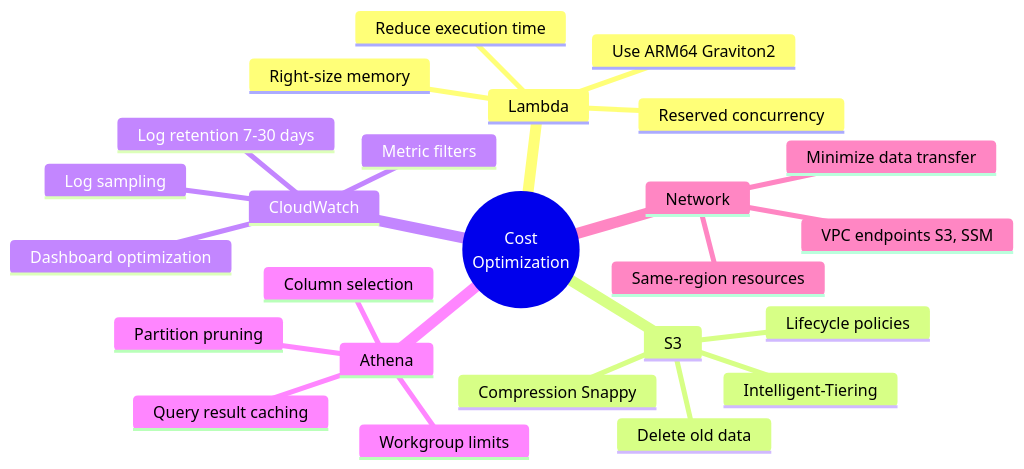
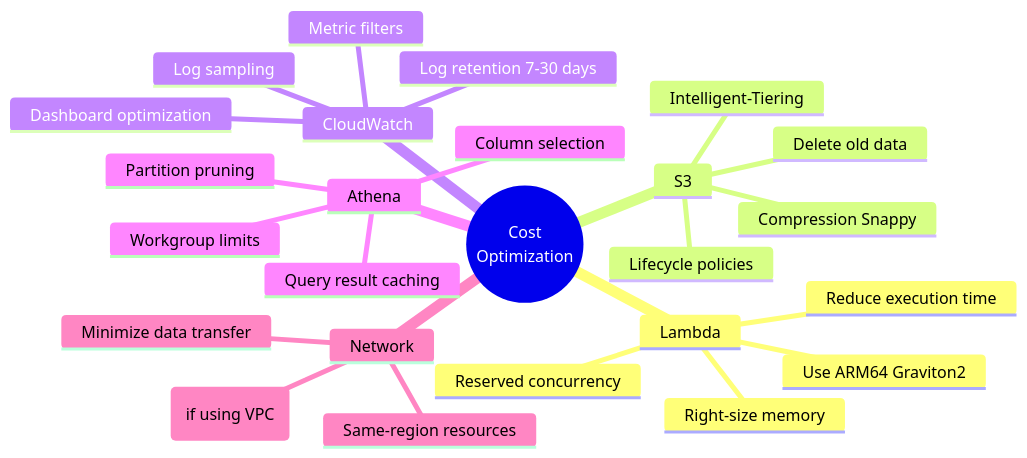
One commit to manifullstackdeveloper/aws_s3_parquet_athena_lambda changed diagram 14 of 19 in docs/DIAGRAMS.md. Above: the diagram before and after it, drawn with Mermaid. The commit also changed other lines of this file and 27 other files, not shown here.

````diff
--- a/docs/DIAGRAMS.md
+++ b/docs/DIAGRAMS.md
@@ -588,28 +584,28 @@
 ```mermaid
 mindmap
   root((Cost<br/>Optimization))
     Lambda
       Right-size memory
       Reduce execution time
       Use ARM64 Graviton2
       Reserved concurrency
     S3
       Intelligent-Tiering
       Lifecycle policies
       Compression Snappy
       Delete old data
     CloudWatch
       Log retention 7-30 days
       Log sampling
       Metric filters
       Dashboard optimization
     Athena
       Partition pruning
       Column selection
       Query result caching
       Workgroup limits
     Network
-      VPC endpoints S3, SSM
+      VPC endpoints S3 (if using VPC)
       Minimize data transfer
       Same-region resources
 ```
````
